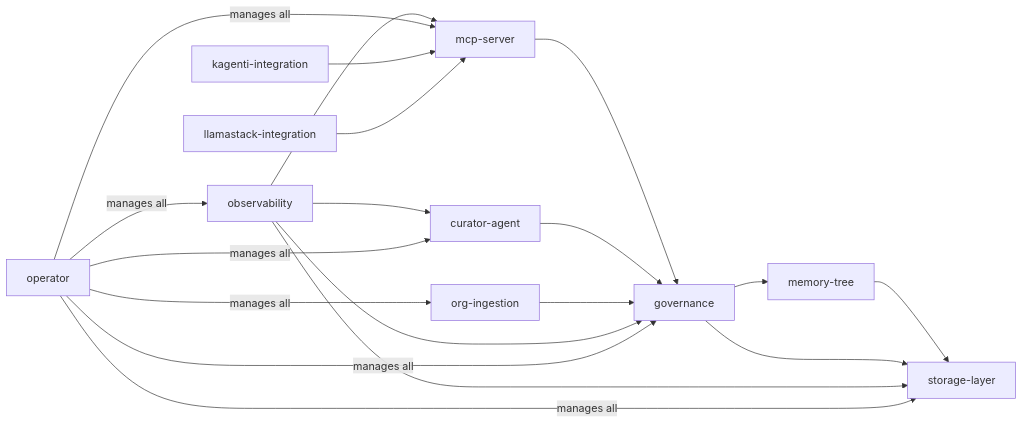
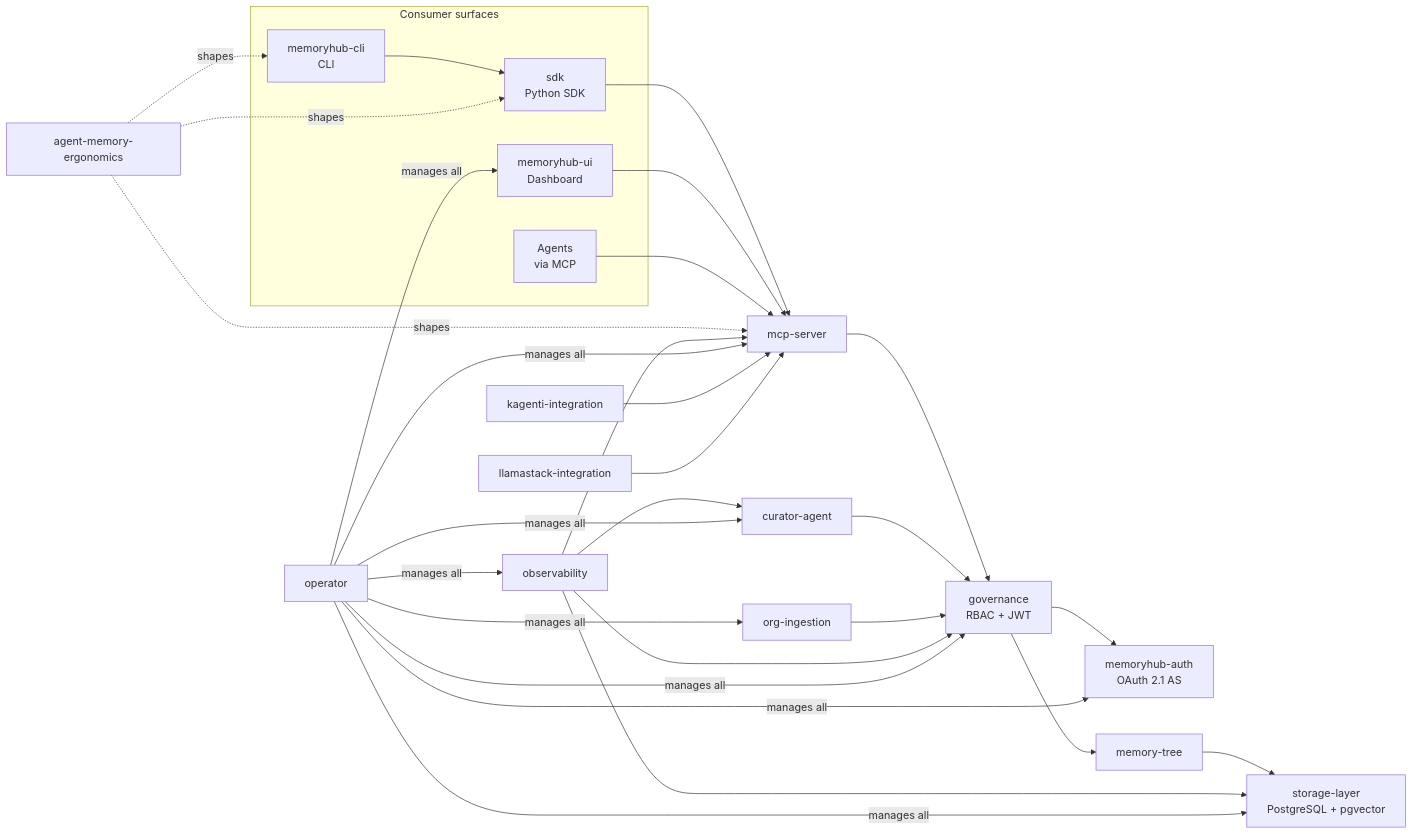
The diagram in docs/SYSTEMS.md (redhat-ai-americas/memory-hub), drawn with Mermaid before and after one commit. The commit also changed other lines of this file and 5 other files, not shown here.

````diff
--- a/docs/SYSTEMS.md
+++ b/docs/SYSTEMS.md
@@ -32,13 +35,39 @@
 ```mermaid
 graph LR
-    MT[memory-tree] --> SL[storage-layer]
-    MCP[mcp-server] --> GOV[governance]
+    subgraph "Consumer surfaces"
+        SDK[sdk<br/>Python SDK]
+        CLI[memoryhub-cli<br/>CLI]
+        UI[memoryhub-ui<br/>Dashboard]
+        AGENT[Agents<br/>via MCP]
+    end
+
+    MCP[mcp-server]
+    GOV[governance<br/>RBAC + JWT]
+    AUTH[memoryhub-auth<br/>OAuth 2.1 AS]
+    MT[memory-tree]
+    SL[storage-layer<br/>PostgreSQL + pgvector]
+    CUR[curator-agent]
+    ERG[agent-memory-ergonomics]
+    ING[org-ingestion]
+    OBS[observability]
+    OP[operator]
+
+    SDK --> MCP
+    CLI --> SDK
+    UI --> MCP
+    AGENT --> MCP
+
+    MCP --> GOV
+    GOV --> AUTH
     GOV --> MT
-    GOV --> SL
-    CUR[curator-agent] --> GOV
-    ING[org-ingestion] --> GOV
-    OBS[observability] --> MCP & GOV & CUR & SL
-    OP[operator] -->|manages all| MCP & GOV & CUR & SL & ING & OBS
+    MT --> SL
+    CUR --> GOV
+    ING --> GOV
+    ERG -.shapes.-> MCP & SDK & CLI
+
+    OBS --> MCP & GOV & CUR & SL
+    OP -->|manages all| MCP & GOV & CUR & SL & ING & OBS & UI & AUTH
+
     KAG[kagenti-integration] --> MCP
     LS[llamastack-integration] --> MCP
 ```
````
